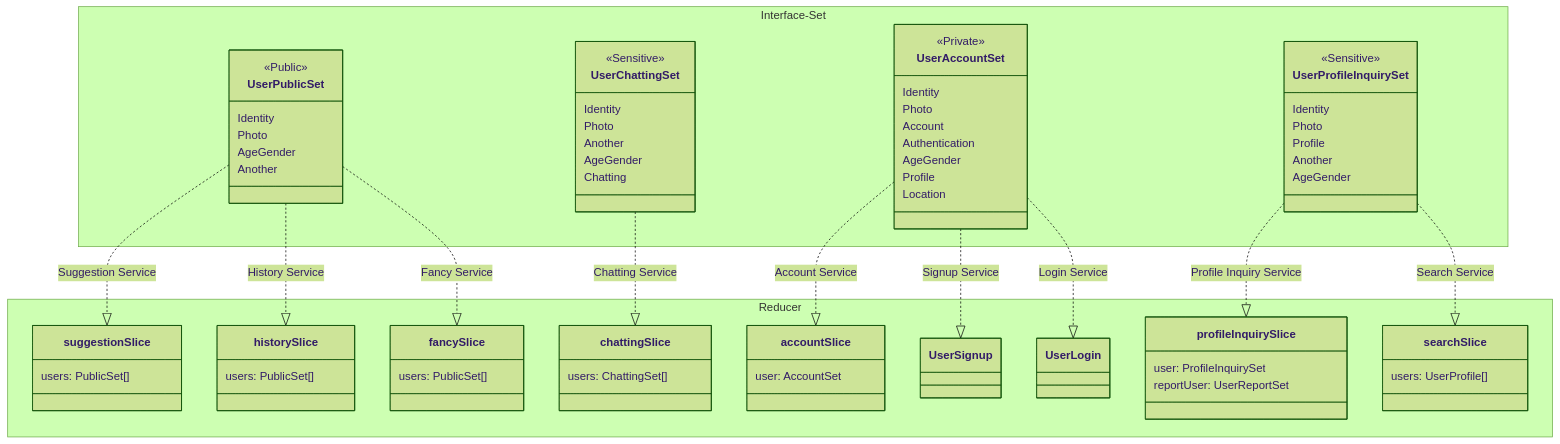
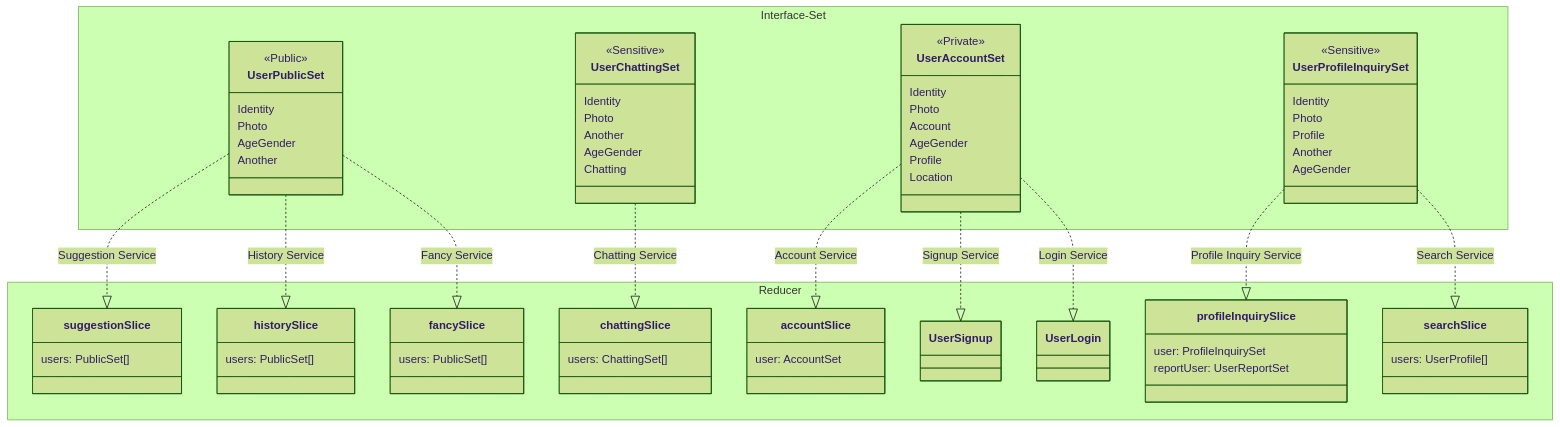
One commit to 42Seoul-Tea42/frontend changed the second of 2 diagrams in app/redux/README.md. Above: the diagram before and after it, drawn with Mermaid (forest theme). The commit also changed other lines of this file and 2 other files, not shown here.

```diff
--- a/app/redux/README.md
+++ b/app/redux/README.md
@@ -166,7 +160,6 @@
         Identity
         Photo
         Account
-        Authentication
         AgeGender
         Profile
         Location
```
